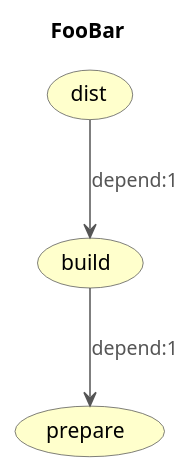
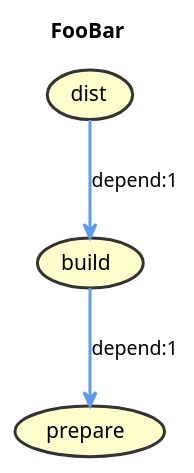
The diagram in resources/puml/phing-doc.puml (jawira/phing-visualizer), drawn with PlantUML before and after one commit. The commit also changed 19 other files, not shown here.

```diff
--- a/resources/puml/phing-doc.puml
+++ b/resources/puml/phing-doc.puml
@@ -1,24 +1,19 @@
 @startuml
 
 title FooBar
-hide stereotype
-skinparam Arrow {
-Color #555555
-FontColor #555555
-}
-skinparam UseCase {
-BackgroundColor #FFFFCC
-BorderColor #555555
-}
+skinparam ArrowFontColor Black
+skinparam ArrowThickness 2
+skinparam UseCaseBackgroundColor #FFFECC
+skinparam UseCaseBorderColor #333333
+skinparam UseCaseBorderThickness 2
+skinparam UseCaseFontColor Black
 
-skinparam UseCase {
-BackgroundColor<< FooBar >> #FFFFCC
-}
-(prepare)<< FooBar >>
-(build)<< FooBar >>
-(dist)<< FooBar >>
+(prepare)
+(build)
+(dist)
 
 
-(build) --> (prepare) : depend:1
-(dist) --> (build) : depend:1
+(build) -[#5D9CEC]-> (prepare) : depend:1
+(dist) -[#5D9CEC]-> (build) : depend:1
+
 @enduml
```
